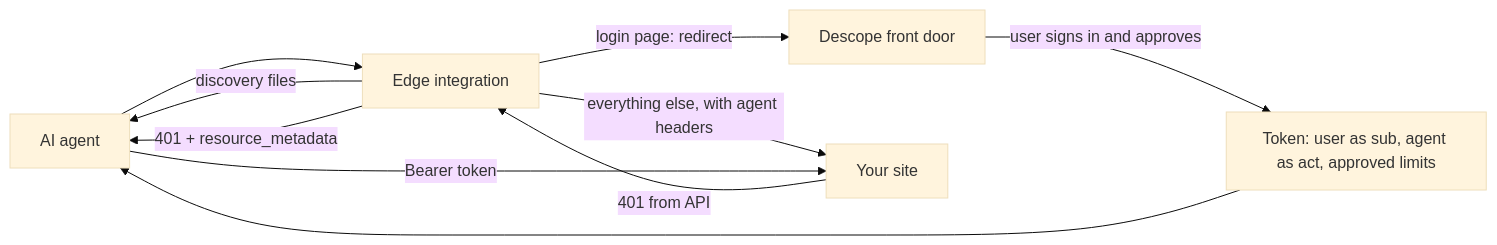
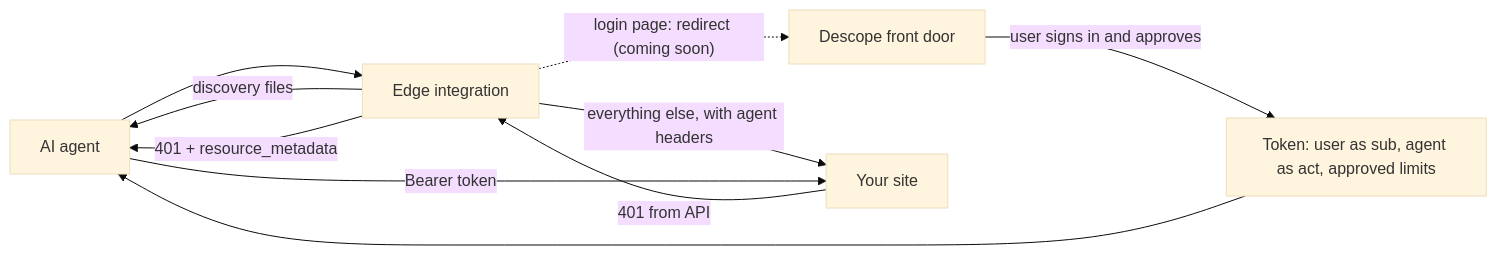
The first of 3 diagrams in README.md (descope/agent-edge), drawn with Mermaid (base theme) before and after one commit. The commit also changed other lines of this file and 6 other files, not shown here.

First line of the commit message:
Make the front door optional until it ships

````diff
--- a/README.md
+++ b/README.md
@@ -18,12 +18,12 @@
 ```mermaid
 flowchart LR
   agent[AI agent] --> edge[Edge integration]
   edge -- "discovery files" --> agent
-  edge -- "login page: redirect" --> door[Descope front door]
+  edge -. "login page: redirect (coming soon)" .-> door[Descope front door]
   edge -- "everything else, with agent headers" --> site[Your site]
   site -- "401 from API" --> edge
   edge -- "401 + resource_metadata" --> agent
   door -- "user signs in and approves" --> token["Token: user as sub, agent as act, approved limits"]
   token --> agent
   agent -- "Bearer token" --> site
 ```
````
